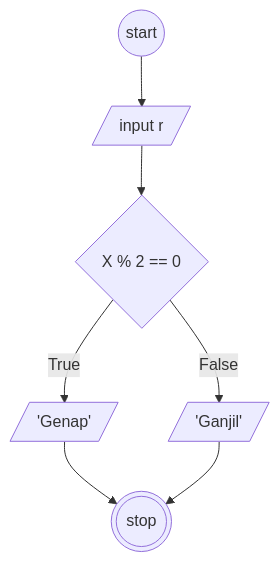
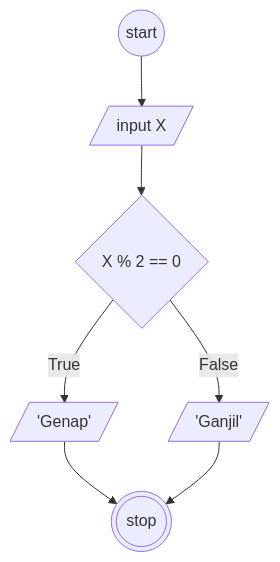
Before and after one commit to VsalCode/fgo24-Algoritma: the diagram in minitask2.md, drawn with Mermaid.

````diff
--- a/minitask2.md
+++ b/minitask2.md
@@ -13,18 +13,18 @@
 ```mermaid
 flowchart TD
     A@{shape: circle, label: "start"}
-    B@{shape: lean-r, label: "input r"}
+    B@{shape: lean-r, label: "input X"}
     C@{ shape: diamond, label: "X % 2 == 0" }
     D@{shape: lean-r, label: " 'Genap' "}
     E@{shape: lean-r, label: " 'Ganjil' "}
     X@{shape: dbl-circ, label: "stop"}
 
     A --> B
     B --> C
     C -- True --> D
     C -- False --> E
 
     D --> X
     E --> X
 
 ```
````
